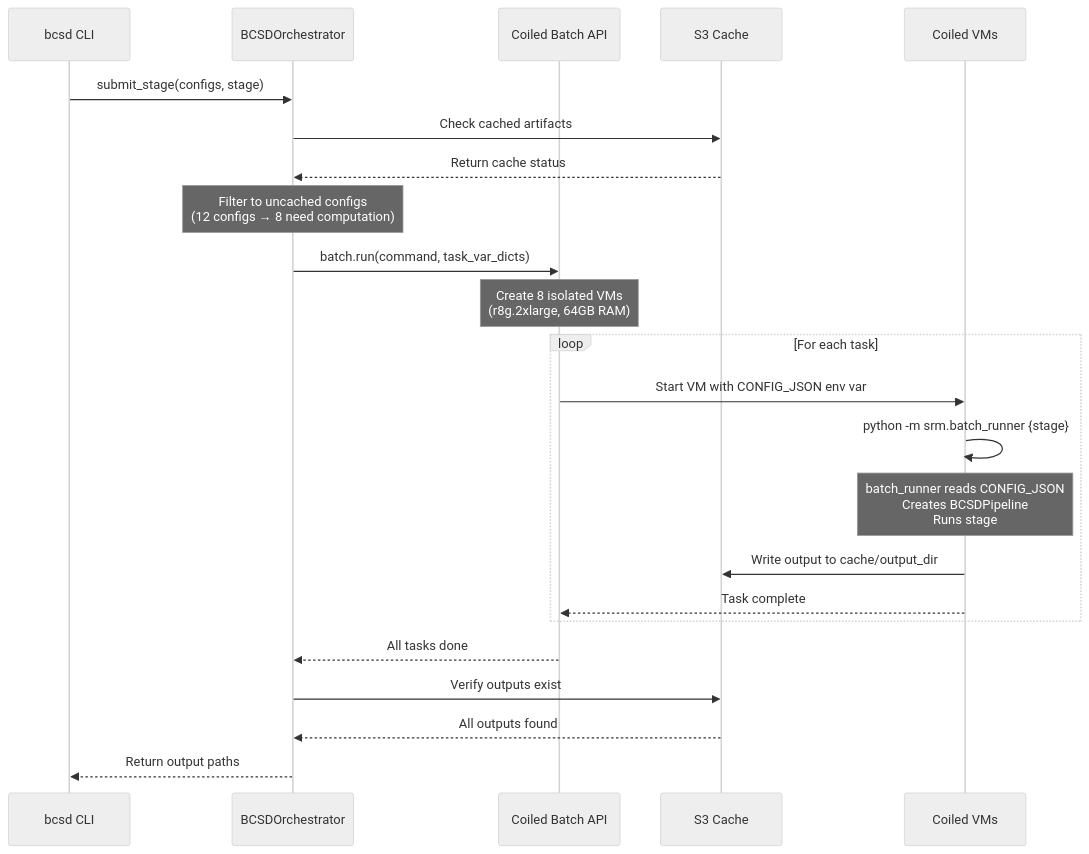
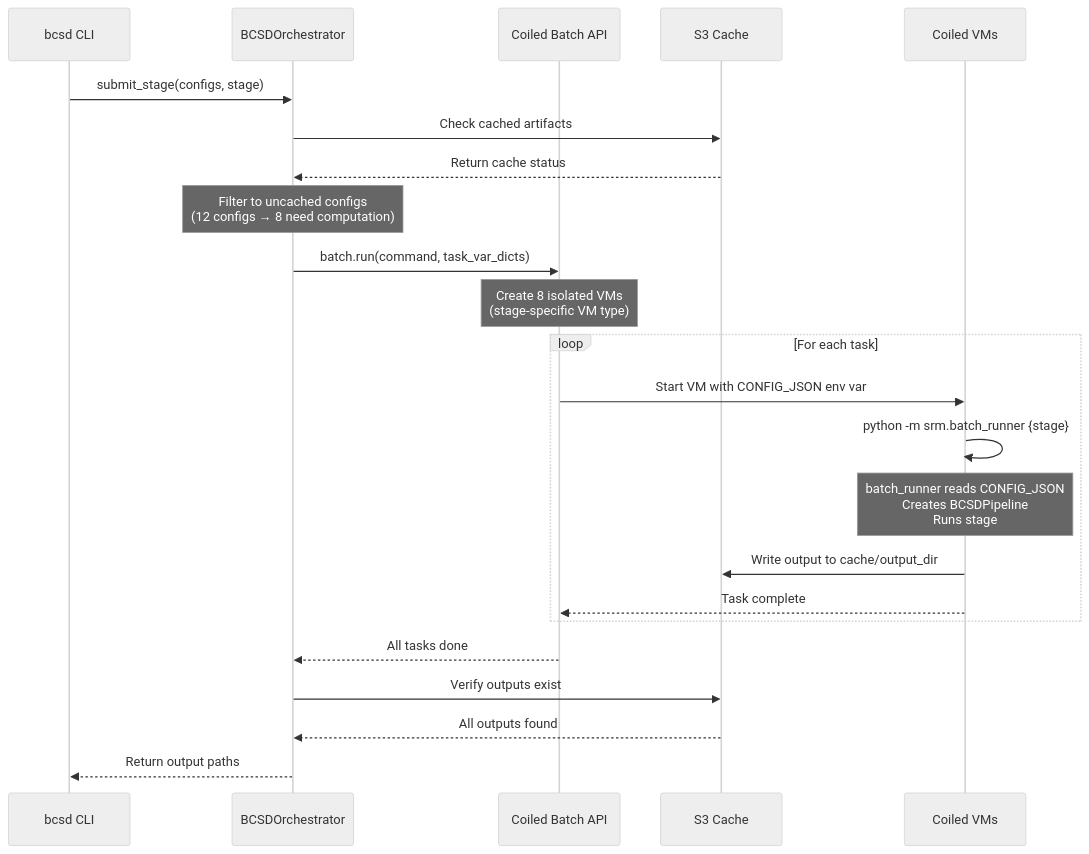
Before and after one commit to carbonplan/sai-downscaling: the second of 3 diagrams in docs/cli-usage.md, drawn with Mermaid (neutral theme). The commit also changed other lines of this file and 1 other file, not shown here.

````diff
--- a/docs/cli-usage.md
+++ b/docs/cli-usage.md
@@ -723,30 +750,30 @@
 ```mermaid
 sequenceDiagram
     participant CLI as bcsd CLI
     participant Orch as BCSDOrchestrator
     participant Coiled as Coiled Batch API
     participant S3 as S3 Cache
     participant VM as Coiled VMs
     
     CLI->>Orch: submit_stage(configs, stage)
     Orch->>S3: Check cached artifacts
     S3-->>Orch: Return cache status
     
     Note over Orch: Filter to uncached configs<br/>(12 configs → 8 need computation)
     
     Orch->>Coiled: batch.run(command, task_var_dicts)
-    Note over Coiled: Create 8 isolated VMs<br/>(r8g.2xlarge, 64GB RAM)
+    Note over Coiled: Create 8 isolated VMs<br/>(stage-specific VM type)
     
     loop For each task
         Coiled->>VM: Start VM with CONFIG_JSON env var
         VM->>VM: python -m srm.batch_runner {stage}
         Note over VM: batch_runner reads CONFIG_JSON<br/>Creates BCSDPipeline<br/>Runs stage
         VM->>S3: Write output to cache/output_dir
         VM-->>Coiled: Task complete
     end
     
     Coiled-->>Orch: All tasks done
     Orch->>S3: Verify outputs exist
     S3-->>Orch: All outputs found
     Orch-->>CLI: Return output paths
 ```
````
